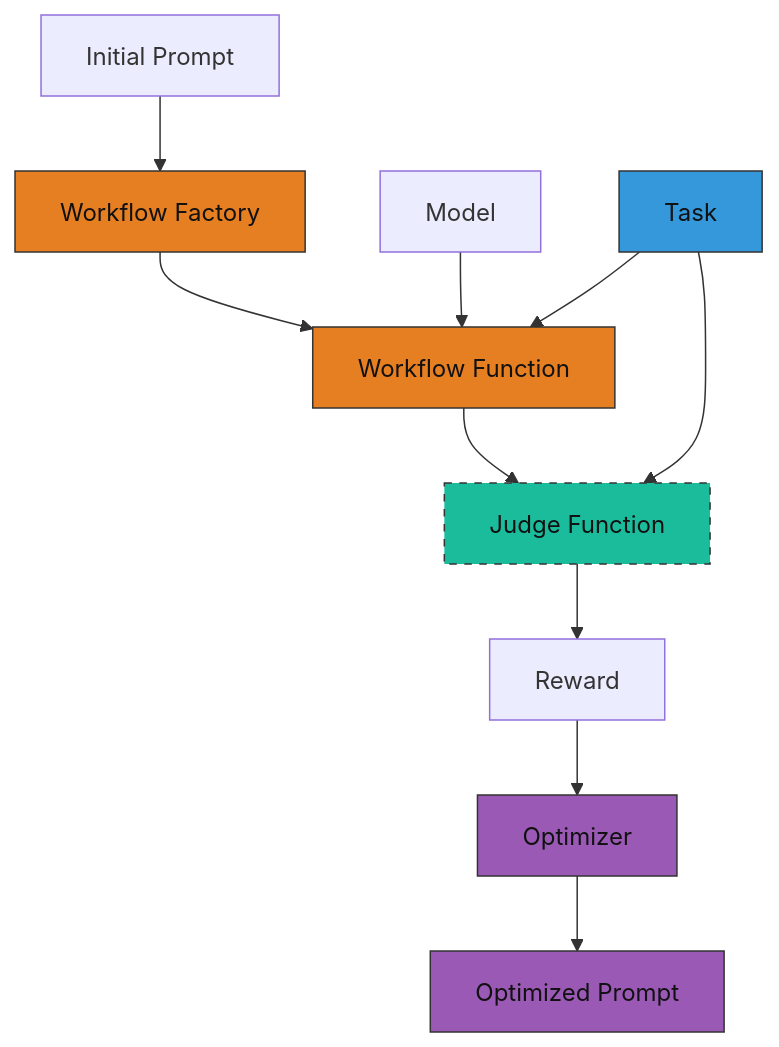
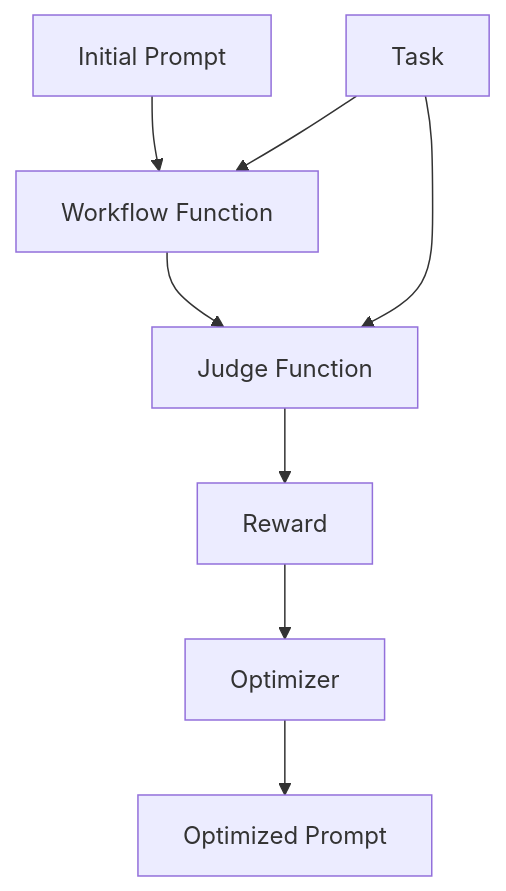
One commit to Kanaricc/agentscope changed the diagram in examples/tuner/prompt_tuning/README.md. Above: the diagram before and after it, drawn with Mermaid. The commit also changed other lines of this file and 5 other files, not shown here.

Commit message:
refactor(tuner): simplify prompt tuning interface with minimal workflow signature

````diff
--- a/examples/tuner/prompt_tuning/README.md
+++ b/examples/tuner/prompt_tuning/README.md
@@ -16,21 +16,10 @@
 ```mermaid
 flowchart TD
-    InitPrompt[Initial Prompt] --> WorkflowFactory[Workflow Factory]
-    WorkflowFactory --> WorkflowFunction[Workflow Function]
-    Model[Model] --> WorkflowFunction
+    InitPrompt[Initial Prompt] --> WorkflowFunction[Workflow Function]
+    Task[Task] --> WorkflowFunction
     WorkflowFunction --> JudgeFunction[Judge Function]
-    Task[Task] --> WorkflowFunction
-    Task[Task] --> JudgeFunction
+    Task --> JudgeFunction
     JudgeFunction --> Reward[Reward]
     Reward --> Optimizer
     Optimizer --> OptimizedPrompt[Optimized Prompt]
-
-    classDef wfcolor fill:#e67e22,stroke:#333,color:#111;
-    classDef judgecolor fill:#1abc9c,stroke:#333,color:#111,stroke-dasharray: 5 5;
-    classDef taskcolor fill:#3498db,stroke:#333,color:#111;
-    classDef optcolor fill:#9b59b6,stroke:#333,color:#111;
-    class WorkflowFactory,WorkflowFunction wfcolor;
-    class JudgeFunction judgecolor;
-    class Task taskcolor;
-    class Optimizer,OptimizedPrompt optcolor;
 ```
````
